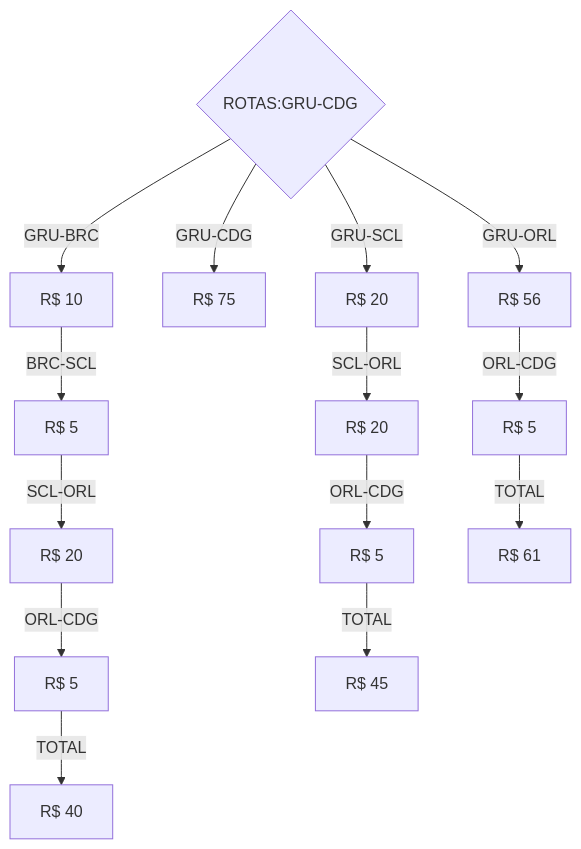
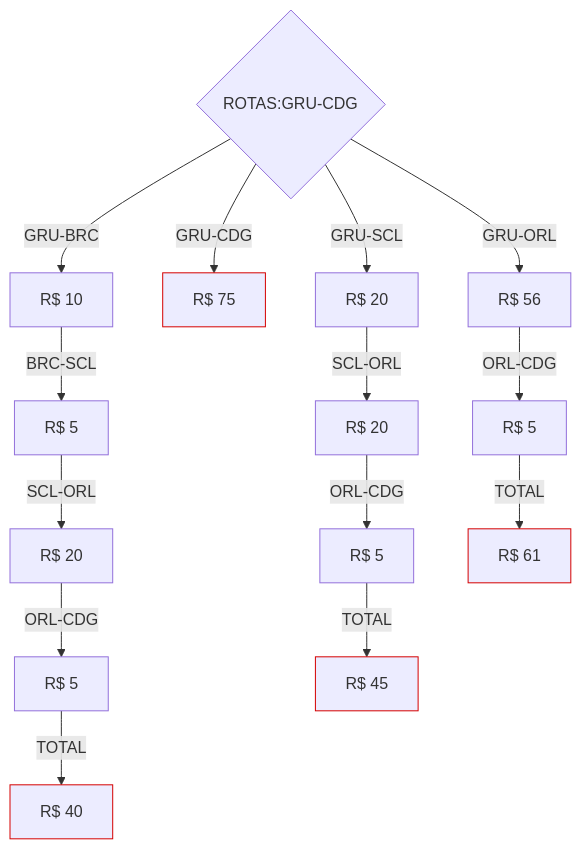
The diagram in README.md (RecursosOnline/DesafioBancoMaster), drawn with Mermaid before and after one commit.

````diff
--- a/README.md
+++ b/README.md
@@ -10,17 +10,21 @@
 ```mermaid
 flowchart TD    
     A{ROTAS:GRU-CDG}
     A -->|GRU-BRC| B[R$ 10]
     A -->|GRU-CDG| C[R$ 75]
     A -->|GRU-SCL| D[R$ 20]
     A -->|GRU-ORL| E[R$ 56]
     B -->|BRC-SCL| F[R$ 5]
     F -->|SCL-ORL| G[R$ 20]
     G -->|ORL-CDG| H[R$ 5]
     H -->|TOTAL| HT[R$ 40]
     D -->|SCL-ORL| I[R$ 20]
     I -->|ORL-CDG| J[R$ 5]
     J -->|TOTAL| JT[R$ 45]
     E -->|ORL-CDG| K[R$ 5]
     K -->|TOTAL| KT[R$ 61]
+    style C stroke:#D50000
+    style HT stroke:#D50000
+    style JT stroke:#D50000
+    style KT stroke:#D50000
 ```
````
